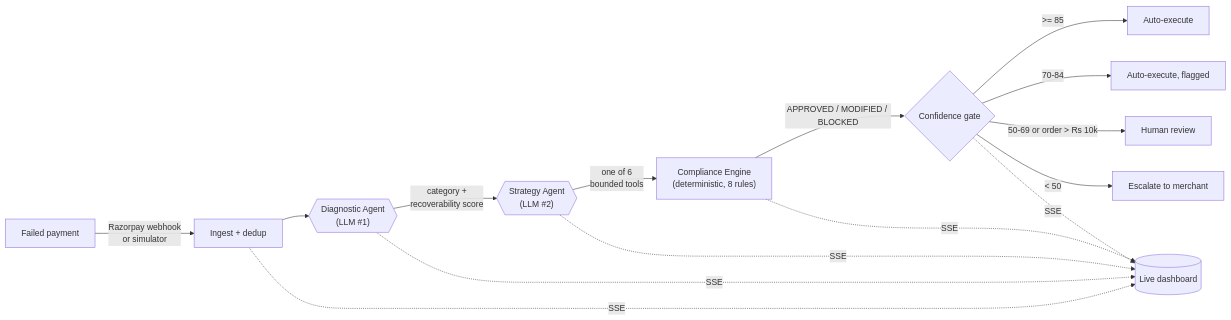
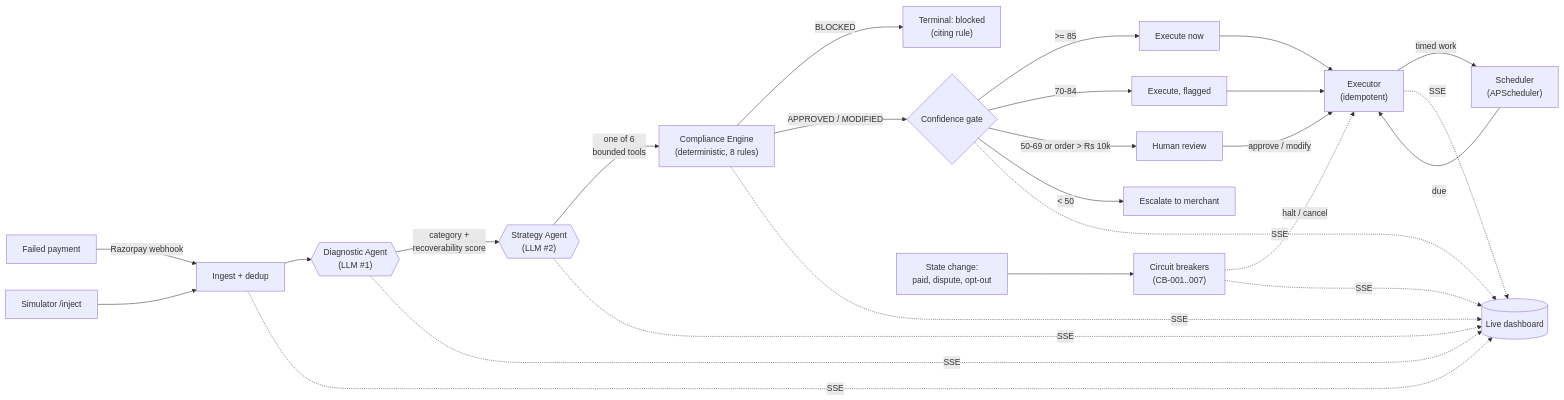
The diagram in README.md (OmkarPujeri/payrecover), drawn with Mermaid before and after one commit. The commit also changed other lines of this file, not shown here.

````diff
--- a/README.md
+++ b/README.md
@@ -69,17 +73,28 @@
 ```mermaid
 flowchart LR
-    A[Failed payment] -->|Razorpay webhook<br/>or simulator| B[Ingest + dedup]
+    A[Failed payment] -->|Razorpay webhook| B[Ingest + dedup]
+    A2["Simulator /inject"] --> B
     B --> C{{"Diagnostic Agent<br/>(LLM #1)"}}
     C -->|"category +<br/>recoverability score"| D{{"Strategy Agent<br/>(LLM #2)"}}
     D -->|"one of 6<br/>bounded tools"| E["Compliance Engine<br/>(deterministic, 8 rules)"]
-    E -->|APPROVED / MODIFIED / BLOCKED| F{Confidence gate}
-    F -->|">= 85"| G[Auto-execute]
-    F -->|"70-84"| H[Auto-execute, flagged]
+    E -->|BLOCKED| BL["Terminal: blocked<br/>(citing rule)"]
+    E -->|APPROVED / MODIFIED| F{Confidence gate}
+    F -->|">= 85"| G[Execute now]
+    F -->|"70-84"| H[Execute, flagged]
     F -->|"50-69 or order > Rs 10k"| I[Human review]
     F -->|"< 50"| J[Escalate to merchant]
+    G --> X["Executor<br/>(idempotent)"]
+    H --> X
+    I -->|approve / modify| X
+    X -->|"timed work"| S["Scheduler<br/>(APScheduler)"]
+    S -->|"due"| X
+    Y["Circuit breakers<br/>(CB-001..007)"] -.->|"halt / cancel"| X
+    Z["State change:<br/>paid, dispute, opt-out"] --> Y
     B -.->|SSE| K[(Live dashboard)]
     C -.->|SSE| K
     D -.->|SSE| K
     E -.->|SSE| K
     F -.->|SSE| K
+    X -.->|SSE| K
+    Y -.->|SSE| K
 ```
````
